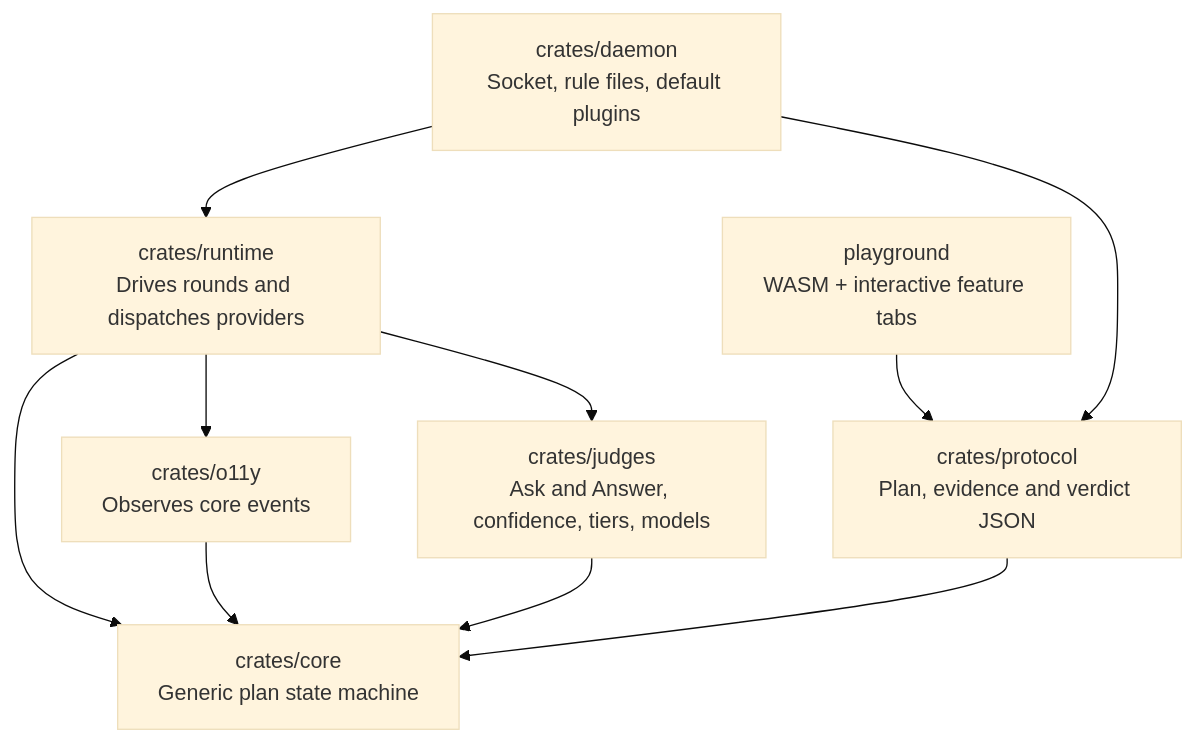
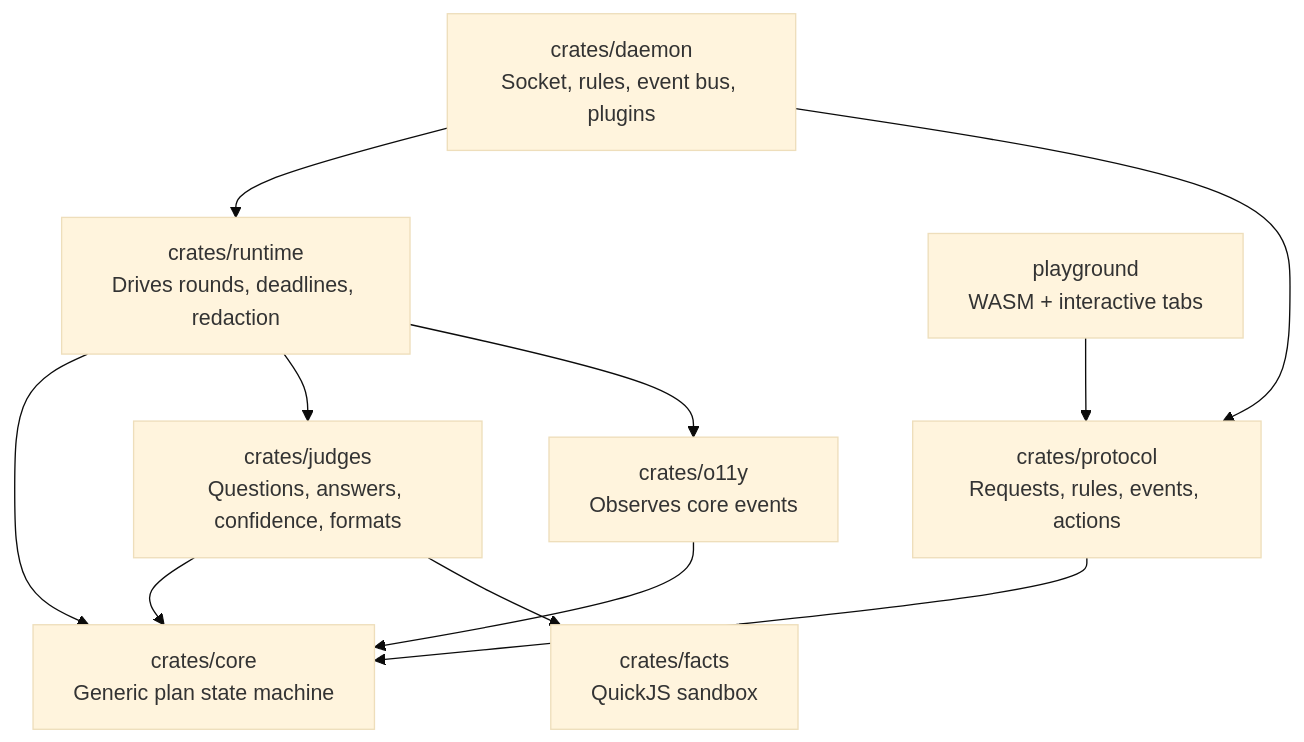
Before and after one commit to StevenJPx2/chauffeur: the fifth of 14 diagrams in docs/plans/pluggability.md, drawn with Mermaid (base theme). The commit also changed other lines of this file and 1 other file, not shown here.

First line of the commit message:
docs(plans): engine, facts, plugins and adapters; generic questions and results

````diff
--- a/docs/plans/pluggability.md
+++ b/docs/plans/pluggability.md
@@ -97,13 +141,14 @@
 ```mermaid
 flowchart TB
     Core["crates/core<br/>Generic plan state machine"]
     O11y["crates/o11y<br/>Observes core events"] --> Core
-    Protocol["crates/protocol<br/>Plan, evidence and verdict JSON"] --> Core
-    Runtime["crates/runtime<br/>Drives rounds and dispatches providers"] --> Core
+    Protocol["crates/protocol<br/>Requests, rules, events, actions"] --> Core
+    Judges["crates/judges<br/>Questions, answers, confidence, formats"] --> Core
+    Judges --> Facts["crates/facts<br/>QuickJS sandbox"]
+    Runtime["crates/runtime<br/>Drives rounds, deadlines, redaction"] --> Core
+    Runtime --> Judges
     Runtime --> O11y
-    Daemon["crates/daemon<br/>Socket, rule files, default plugins"] --> Runtime
+    Daemon["crates/daemon<br/>Socket, rules, event bus, plugins"] --> Runtime
     Daemon --> Protocol
-    Judges["crates/judges<br/>Ask and Answer, confidence, tiers, models"] --> Core
-    Runtime --> Judges
-    Playground["playground<br/>WASM + interactive feature tabs"] --> Protocol
+    Playground["playground<br/>WASM + interactive tabs"] --> Protocol
 ```
````
